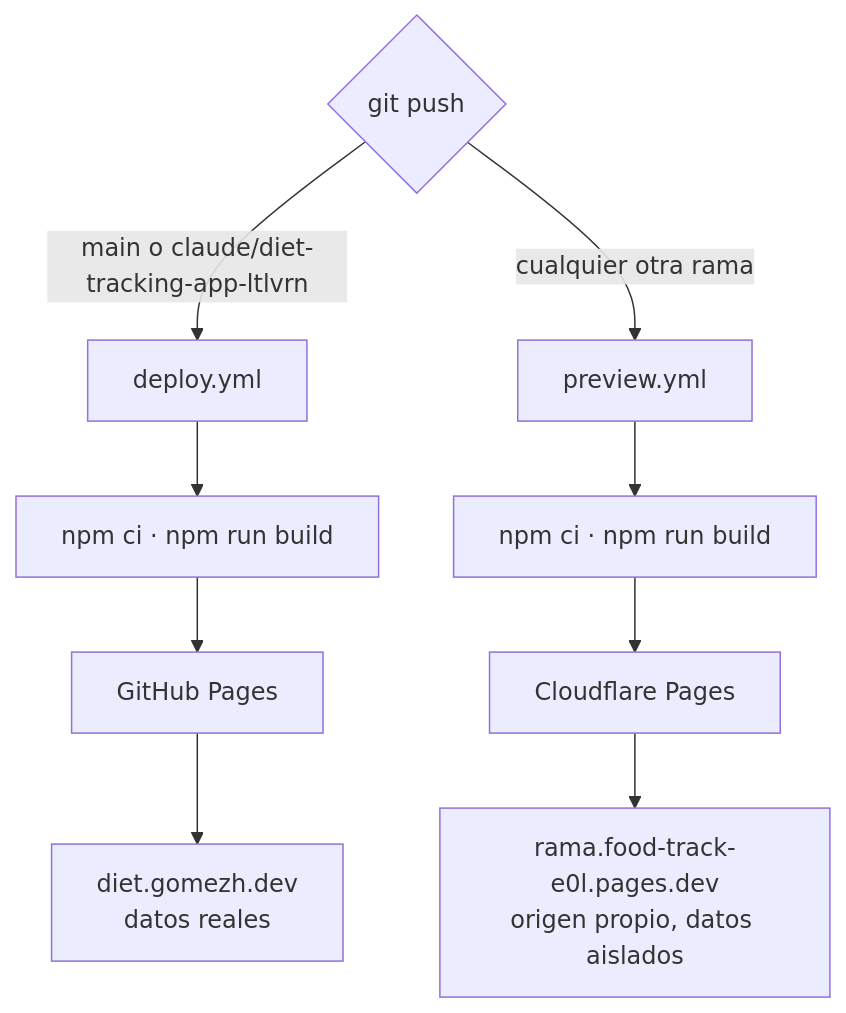
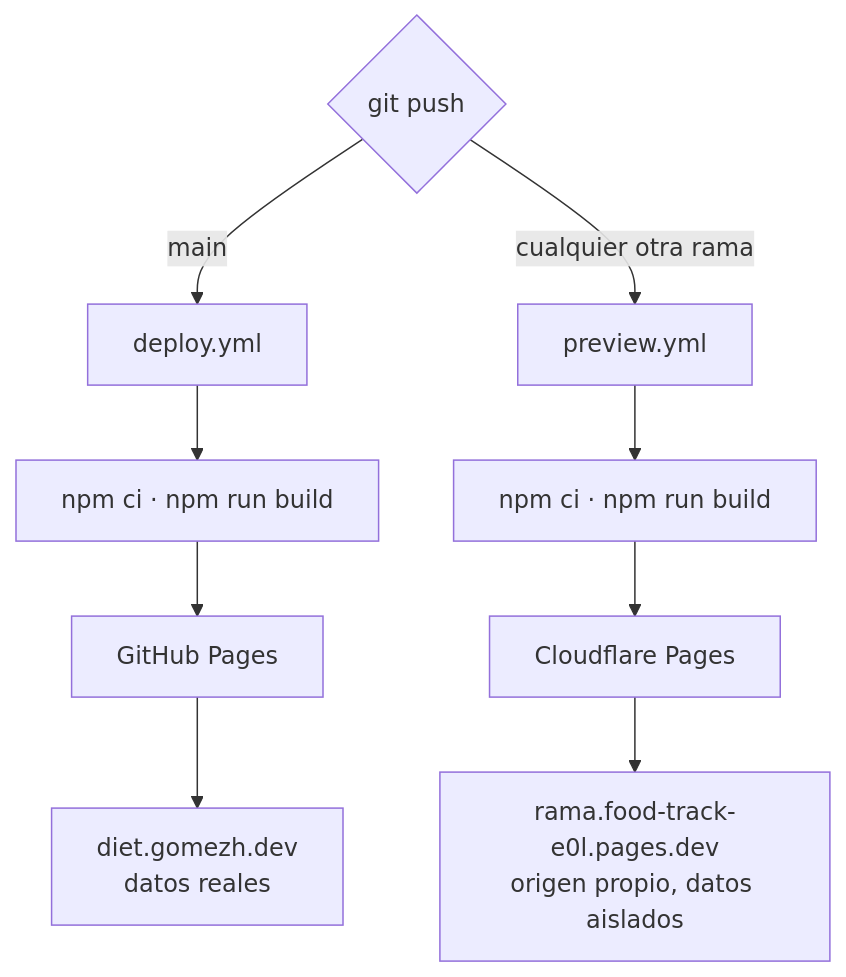
One commit to gomezhyuuga/food-track changed the seventh of 7 diagrams in docs/arquitectura.md. Above: the diagram before and after it, drawn with Mermaid. The commit also changed 5 other files, not shown here.

First line of the commit message:
Drop the stale claude/diet-tracking-app-ltlvrn branch trigger

````diff
--- a/docs/arquitectura.md
+++ b/docs/arquitectura.md
@@ -247,14 +247,14 @@
 ```mermaid
 flowchart TD
     push{"git push"}
-    push -->|"main o claude/diet-tracking-app-ltlvrn"| gha["deploy.yml"]
+    push -->|"main"| gha["deploy.yml"]
     push -->|"cualquier otra rama"| pv["preview.yml"]
 
     gha --> b1["npm ci · npm run build"]
     b1 --> pages["GitHub Pages"]
     pages --> live["diet.gomezh.dev<br/>datos reales"]
 
     pv --> b2["npm ci · npm run build"]
     b2 --> cf["Cloudflare Pages"]
     cf --> prev["rama.food-track-e0l.pages.dev<br/>origen propio, datos aislados"]
 ```
````
